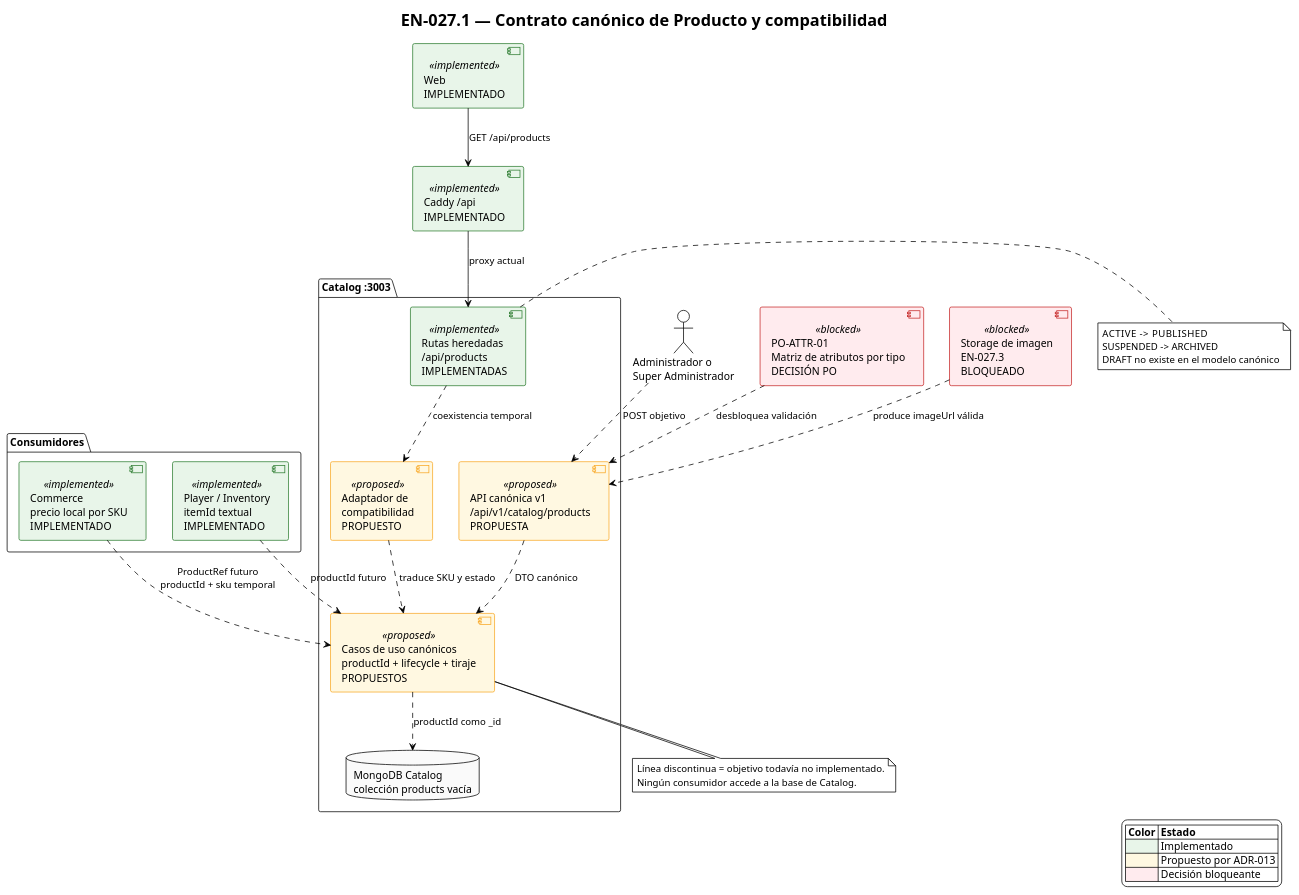
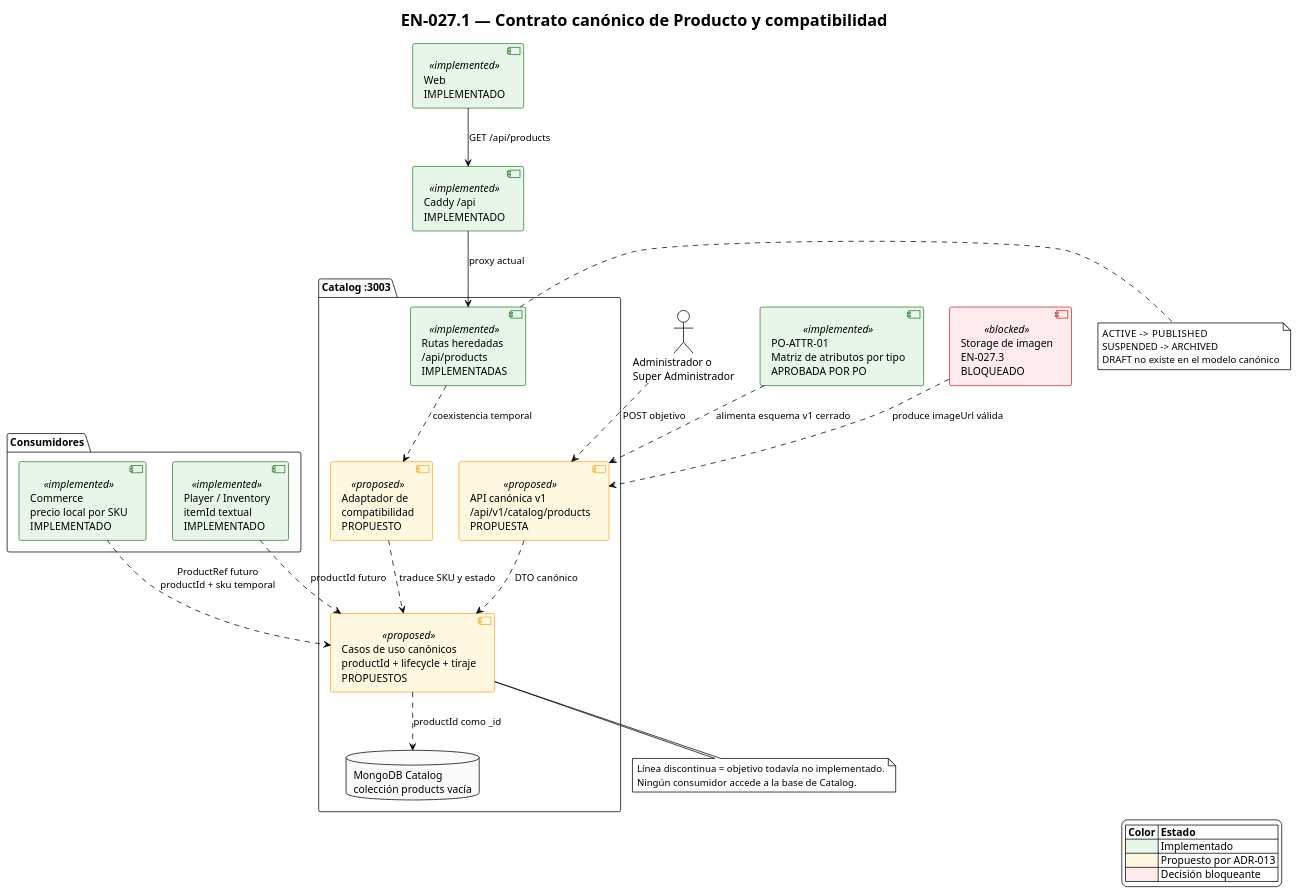
Before and after one commit to Nexus-Battle-VI/Nexus-Battle-Infrastructure: the diagram in docs/diagrams/catalog-product-contract-compatibility.puml, drawn with PlantUML. The commit also changed 4 other files, not shown here.

Commit message:
docs(infrastructure): [EN-027.1] incorporar matriz aprobada de atributos

```diff
--- a/docs/diagrams/catalog-product-contract-compatibility.puml
+++ b/docs/diagrams/catalog-product-contract-compatibility.puml
@@ -1,70 +1,70 @@
 @startuml catalog-product-contract-compatibility
 !theme plain
 title EN-027.1 — Contrato canónico de Producto y compatibilidad
 
 skinparam defaultFontName sans-serif
 skinparam component {
   BackgroundColor<<implemented>> #E8F5E9
   BorderColor<<implemented>> #2E7D32
   BackgroundColor<<proposed>> #FFF8E1
   BorderColor<<proposed>> #F9A825
   BackgroundColor<<blocked>> #FFEBEE
   BorderColor<<blocked>> #C62828
 }
 skinparam database {
   BackgroundColor #FAFAFA
 }
 
 actor "Administrador o\nSuper Administrador" as admin
 component "Web\nIMPLEMENTADO" <<implemented>> as web
 component "Caddy /api\nIMPLEMENTADO" <<implemented>> as gateway
 
 package "Catalog :3003" {
   component "Rutas heredadas\n/api/products\nIMPLEMENTADAS" <<implemented>> as legacyApi
   component "Adaptador de\ncompatibilidad\nPROPUESTO" <<proposed>> as compatibility
   component "API canónica v1\n/api/v1/catalog/products\nPROPUESTA" <<proposed>> as canonicalApi
   component "Casos de uso canónicos\nproductId + lifecycle + tiraje\nPROPUESTOS" <<proposed>> as canonicalCore
   database "MongoDB Catalog\ncolección products vacía" as catalogDb
 }
 
 package "Consumidores" {
   component "Commerce\nprecio local por SKU\nIMPLEMENTADO" <<implemented>> as commerce
   component "Player / Inventory\nitemId textual\nIMPLEMENTADO" <<implemented>> as inventory
 }
 
-component "PO-ATTR-01\nMatriz de atributos por tipo\nDECISIÓN PO" <<blocked>> as attributeMatrix
+component "PO-ATTR-01\nMatriz de atributos por tipo\nAPROBADA POR PO" <<implemented>> as attributeMatrix
 component "Storage de imagen\nEN-027.3\nBLOQUEADO" <<blocked>> as imageStorage
 
 web --> gateway : GET /api/products
 gateway --> legacyApi : proxy actual
 
 admin ..> canonicalApi : POST objetivo
 legacyApi ..> compatibility : coexistencia temporal
 compatibility ..> canonicalCore : traduce SKU y estado
 canonicalApi ..> canonicalCore : DTO canónico
 canonicalCore ..> catalogDb : productId como _id
 
 commerce ..> canonicalCore : ProductRef futuro\nproductId + sku temporal
 inventory ..> canonicalCore : productId futuro
-attributeMatrix ..> canonicalApi : desbloquea validación
+attributeMatrix ..> canonicalApi : alimenta esquema v1 cerrado
 imageStorage ..> canonicalApi : produce imageUrl válida
 
 note right of legacyApi
   ACTIVE    -> PUBLISHED
   SUSPENDED -> ARCHIVED
   DRAFT no existe en el modelo canónico
 end note
 
 note bottom of canonicalCore
   Línea discontinua = objetivo todavía no implementado.
   Ningún consumidor accede a la base de Catalog.
 end note
 
 legend right
   |= Color |= Estado |
   |<#E8F5E9>| Implementado |
   |<#FFF8E1>| Propuesto por ADR-013 |
   |<#FFEBEE>| Decisión bloqueante |
 endlegend
 
 @enduml
```
